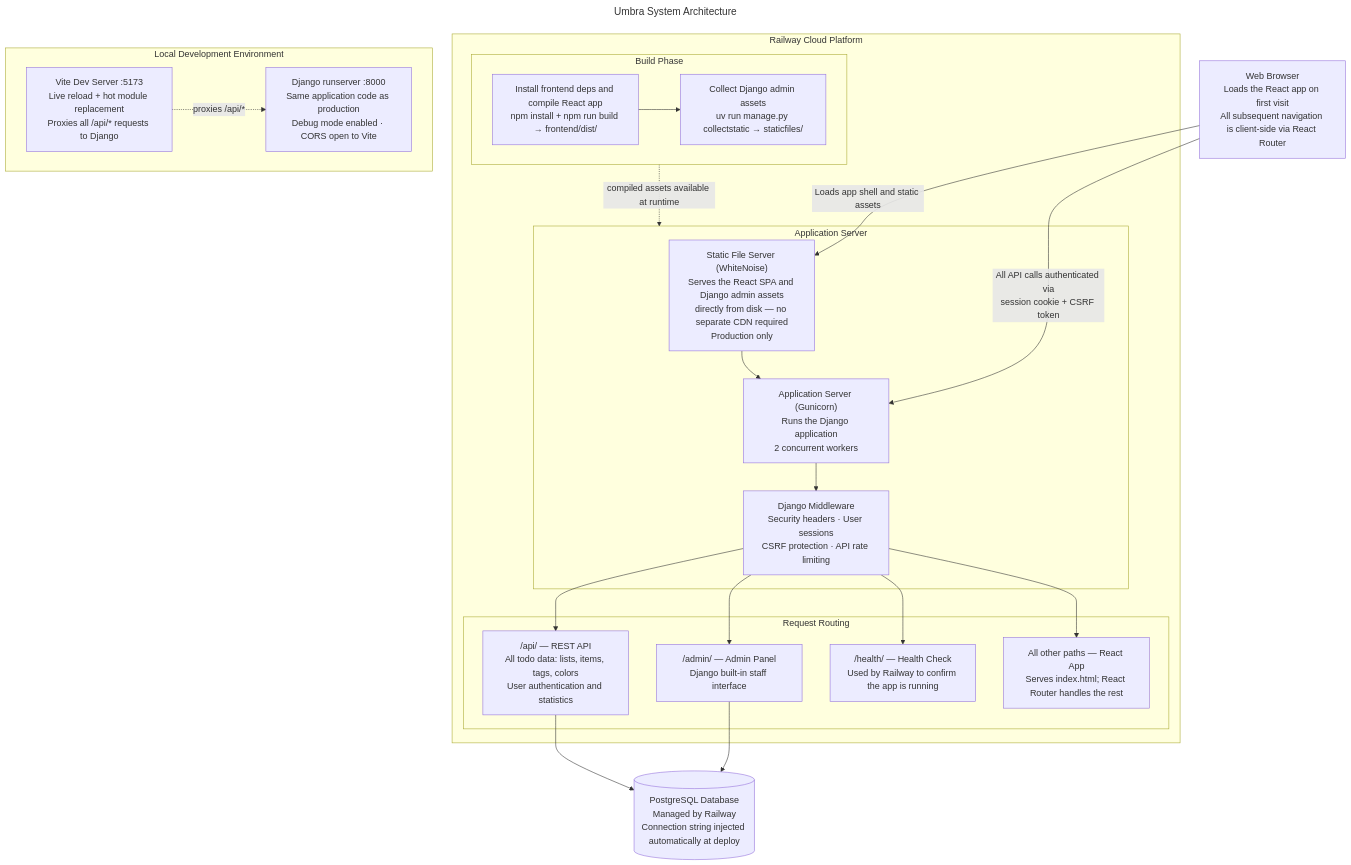
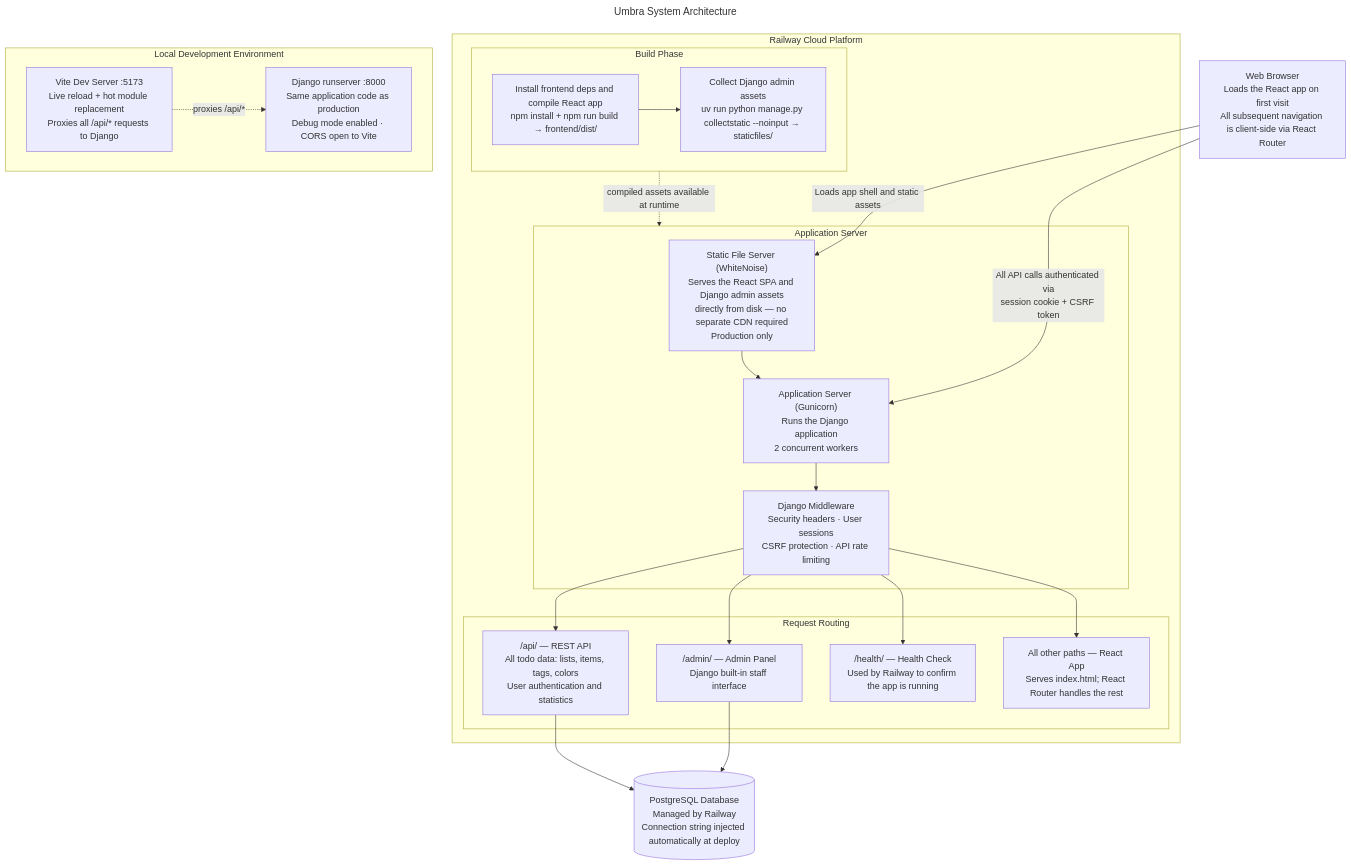
Before and after one commit to masriamir/umbra: the diagram in docs/public/diagrams/system-architecture.mmd, drawn with Mermaid. The commit also changed 1 other file, not shown here.

```diff
--- a/docs/public/diagrams/system-architecture.mmd
+++ b/docs/public/diagrams/system-architecture.mmd
@@ -1,42 +1,42 @@
 ---
 title: Umbra System Architecture
 ---
 flowchart TB
   BROWSER["Web Browser\nLoads the React app on first visit\nAll subsequent navigation is client-side via React Router"]
 
   subgraph RAILWAY["Railway Cloud Platform"]
     subgraph BUILD["Build Phase"]
       B1["Install frontend deps and compile React app\nnpm install + npm run build → frontend/dist/"]
-      B2["Collect Django admin assets\nuv run manage.py collectstatic → staticfiles/"]
+      B2["Collect Django admin assets\nuv run python manage.py collectstatic --noinput → staticfiles/"]
       B1 --> B2
     end
 
     subgraph SERVE["Application Server"]
       WN["Static File Server (WhiteNoise)\nServes the React SPA and Django admin assets\ndirectly from disk — no separate CDN required\nProduction only"]
       GUN["Application Server (Gunicorn)\nRuns the Django application\n2 concurrent workers"]
       DJ["Django Middleware\nSecurity headers · User sessions\nCSRF protection · API rate limiting"]
       WN --> GUN --> DJ
     end
 
     subgraph URLS["Request Routing"]
       U1["/api/ — REST API\nAll todo data: lists, items, tags, colors\nUser authentication and statistics"]
       U2["/admin/ — Admin Panel\nDjango built-in staff interface"]
       U3["/health/ — Health Check\nUsed by Railway to confirm the app is running"]
       U4["All other paths — React App\nServes index.html; React Router handles the rest"]
     end
 
     BUILD -.->|"compiled assets available at runtime"| SERVE
     DJ --> U1 & U2 & U3 & U4
   end
 
   PG[("PostgreSQL Database\nManaged by Railway\nConnection string injected automatically at deploy")]
 
   BROWSER -->|"Loads app shell and static assets"| WN
   BROWSER -->|"All API calls authenticated via\nsession cookie + CSRF token"| GUN
   U1 & U2 --> PG
 
   subgraph DEV["Local Development Environment"]
     VITE["Vite Dev Server :5173\nLive reload + hot module replacement\nProxies all /api/* requests to Django"]
     DJRUN["Django runserver :8000\nSame application code as production\nDebug mode enabled · CORS open to Vite"]
     VITE -.->|"proxies /api/*"| DJRUN
   end
```
